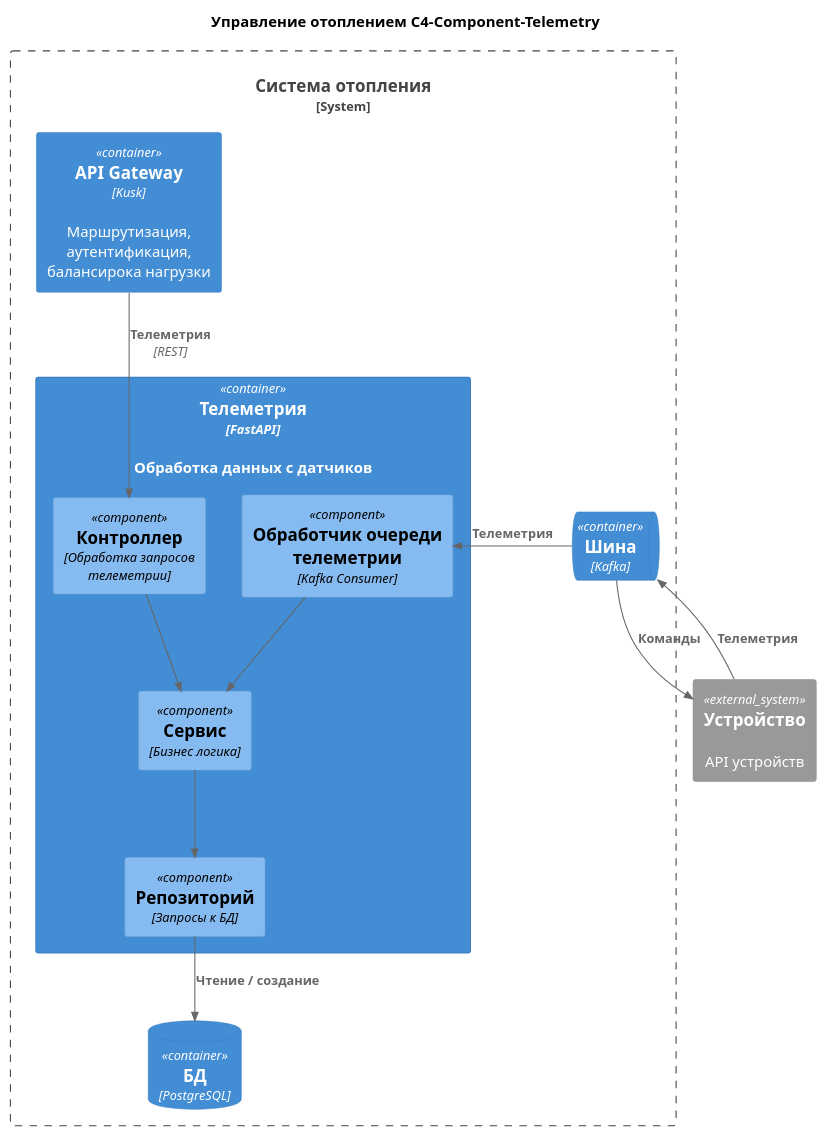
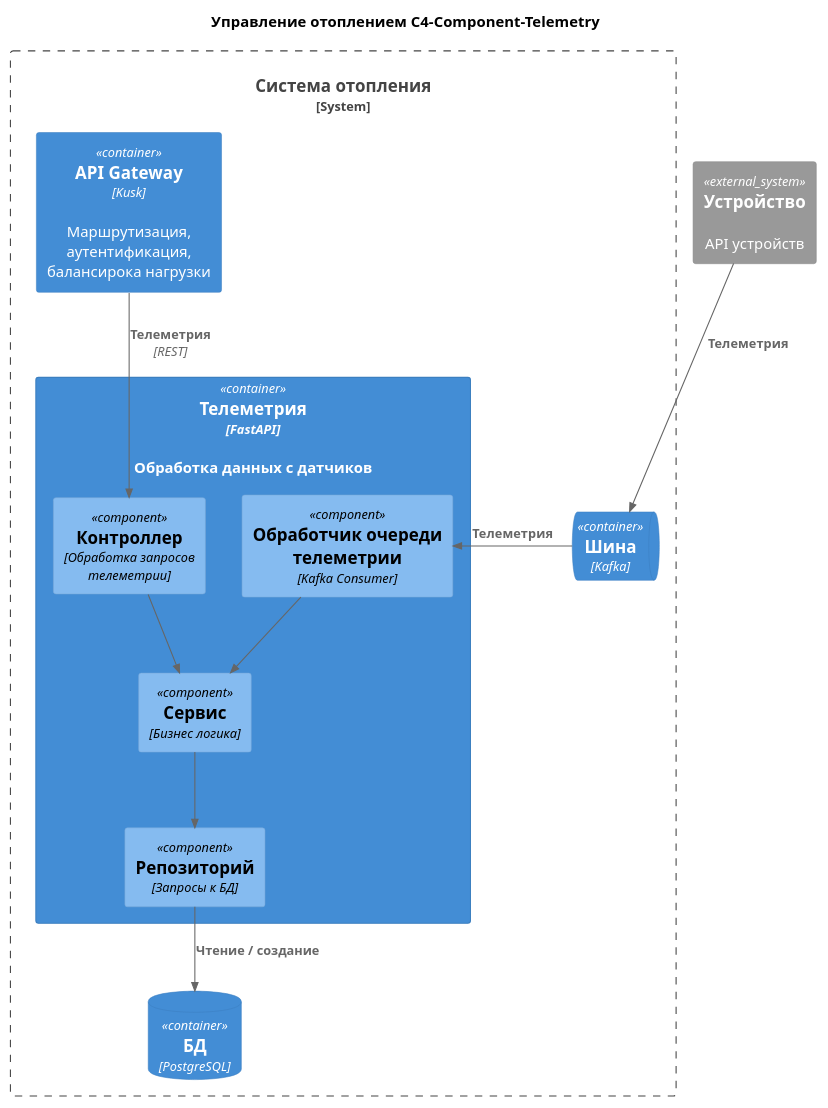
The diagram in schemas/task1-2-3-components-telemetry.puml (j8r41/arch-sprint-3), drawn with PlantUML before and after one commit. The commit also changed 5 other files, not shown here.

```diff
--- a/schemas/task1-2-3-components-telemetry.puml
+++ b/schemas/task1-2-3-components-telemetry.puml
@@ -1,28 +1,27 @@
 @startuml Управление отоплением С4-Component-Telemetry
 title Управление отоплением С4-Component-Telemetry
 
 !include https://raw.githubusercontent.com/plantuml-stdlib/C4-PlantUML/master/C4_Component.puml
 
 System_Boundary(system, "Система отопления") {
     Container(apiGateway, "АPI Gateway", "Kusk", "Маршрутизация, аутентификация, балансирока нагрузки")
     Container(telemetryService, "Телеметрия", "FastAPI", "Обработка данных с датчиков") {
         Component(telemetryController, "Контроллер", "Обработка запросов телеметрии")
         Component(telemetryLogic, "Сервис", "Бизнес логика")
         Component(telemetryRepo, "Репозиторий", "Запросы к БД")
         Component(telemetryConsumer, "Обработчик очереди телеметрии", "Kafka Consumer")
         Rel(telemetryController, telemetryLogic, "")
         Rel(telemetryLogic, telemetryRepo, "")
         Rel(telemetryConsumer, telemetryLogic, "")
     }
     ContainerDb(telemetryDb, "БД", "PostgreSQL")
     ContainerQueue(kafka, "Шина", "Kafka")
     Rel(apiGateway, telemetryController, "Телеметрия", "REST")
     Rel_R(kafka, telemetryConsumer, "Телеметрия")
 }
 System_Ext(device, "Устройство", "API устройств", )
-Rel(kafka, device, "Команды")
 Rel(device, kafka, "Телеметрия")
 Rel(telemetryRepo, telemetryDb, "Чтение / создание")
 
 
 @enduml
```
